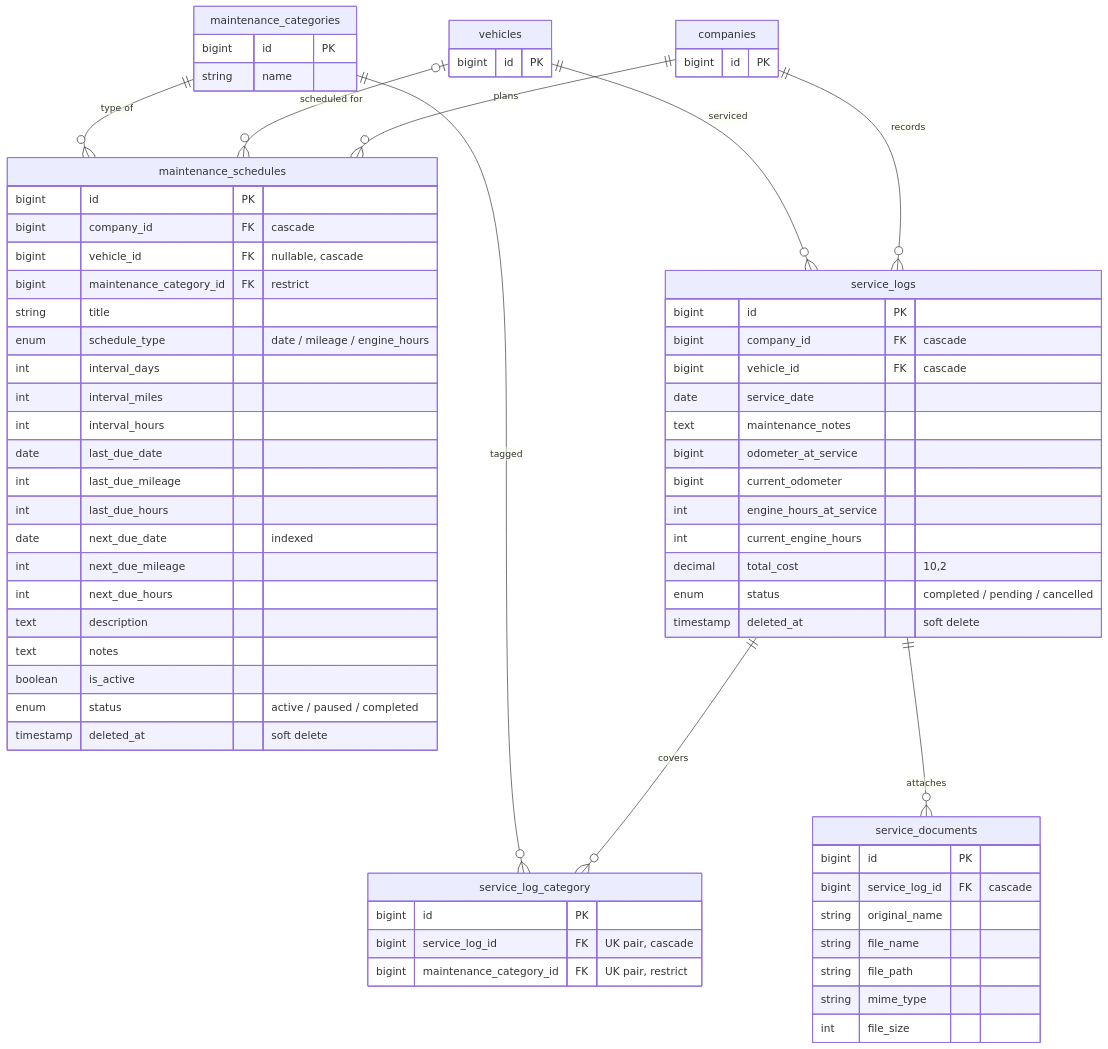
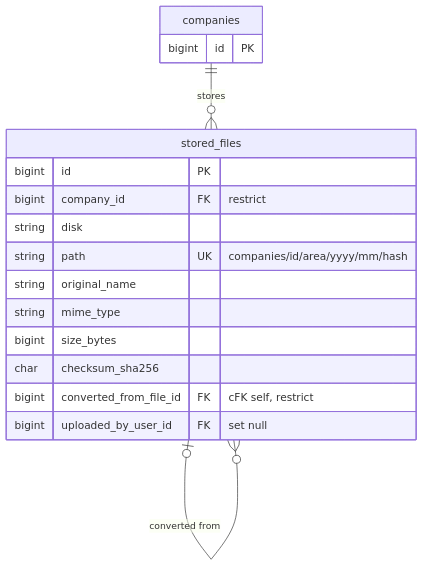
Before and after one commit to anambrur/driver_qualification: the sixth of 9 diagrams in docs/erd.md, drawn with Mermaid. The commit also changed other lines of this file and 23 other files, not shown here.

````diff
--- a/docs/erd.md
+++ b/docs/erd.md
@@ -533,71 +816,20 @@
 ```mermaid
 erDiagram
+  stored_files {
+    bigint id PK
+    bigint company_id FK "restrict"
+    string disk
+    string path UK "companies/id/area/yyyy/mm/hash"
+    string original_name
+    string mime_type
+    bigint size_bytes
+    char checksum_sha256
+    bigint converted_from_file_id FK "cFK self, restrict"
+    bigint uploaded_by_user_id FK "set null"
+  }
   companies {
     bigint id PK
   }
-  vehicles {
-    bigint id PK
-  }
-  maintenance_categories {
-    bigint id PK
-    string name
-  }
-  maintenance_schedules {
-    bigint id PK
-    bigint company_id FK "cascade"
-    bigint vehicle_id FK "nullable, cascade"
-    bigint maintenance_category_id FK "restrict"
-    string title
-    enum schedule_type "date / mileage / engine_hours"
-    int interval_days
-    int interval_miles
-    int interval_hours
-    date last_due_date
-    int last_due_mileage
-    int last_due_hours
-    date next_due_date "indexed"
-    int next_due_mileage
-    int next_due_hours
-    text description
-    text notes
-    boolean is_active
-    enum status "active / paused / completed"
-    timestamp deleted_at "soft delete"
-  }
-  service_logs {
-    bigint id PK
-    bigint company_id FK "cascade"
-    bigint vehicle_id FK "cascade"
-    date service_date
-    text maintenance_notes
-    bigint odometer_at_service
-    bigint current_odometer
-    int engine_hours_at_service
-    int current_engine_hours
-    decimal total_cost "10,2"
-    enum status "completed / pending / cancelled"
-    timestamp deleted_at "soft delete"
-  }
-  service_log_category {
-    bigint id PK
-    bigint service_log_id FK "UK pair, cascade"
-    bigint maintenance_category_id FK "UK pair, restrict"
-  }
-  service_documents {
-    bigint id PK
-    bigint service_log_id FK "cascade"
-    string original_name
-    string file_name
-    string file_path
-    string mime_type
-    int file_size
-  }
-  companies ||--o{ maintenance_schedules : "plans"
-  vehicles |o--o{ maintenance_schedules : "scheduled for"
-  maintenance_categories ||--o{ maintenance_schedules : "type of"
-  companies ||--o{ service_logs : "records"
-  vehicles ||--o{ service_logs : "serviced"
-  service_logs ||--o{ service_log_category : "covers"
-  maintenance_categories ||--o{ service_log_category : "tagged"
-  service_logs ||--o{ service_documents : "attaches"
+  companies ||--o{ stored_files : "stores"
+  stored_files |o--o{ stored_files : "converted from"
 ```
````
